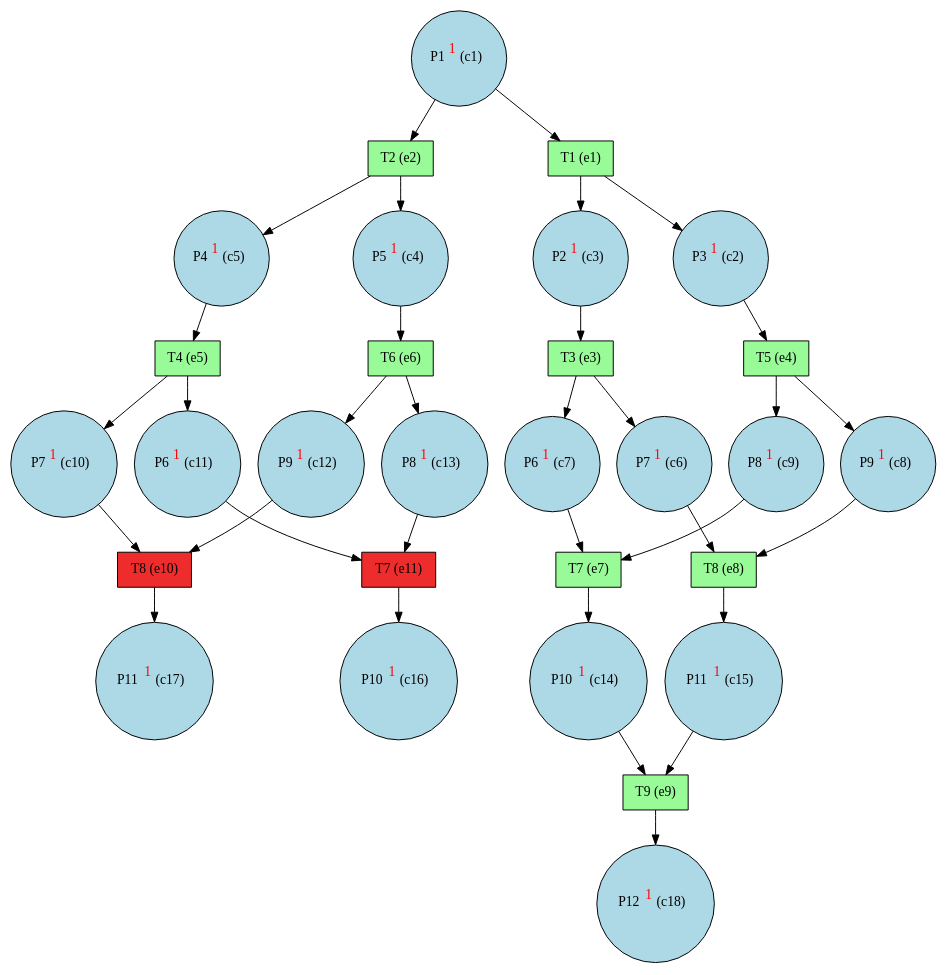
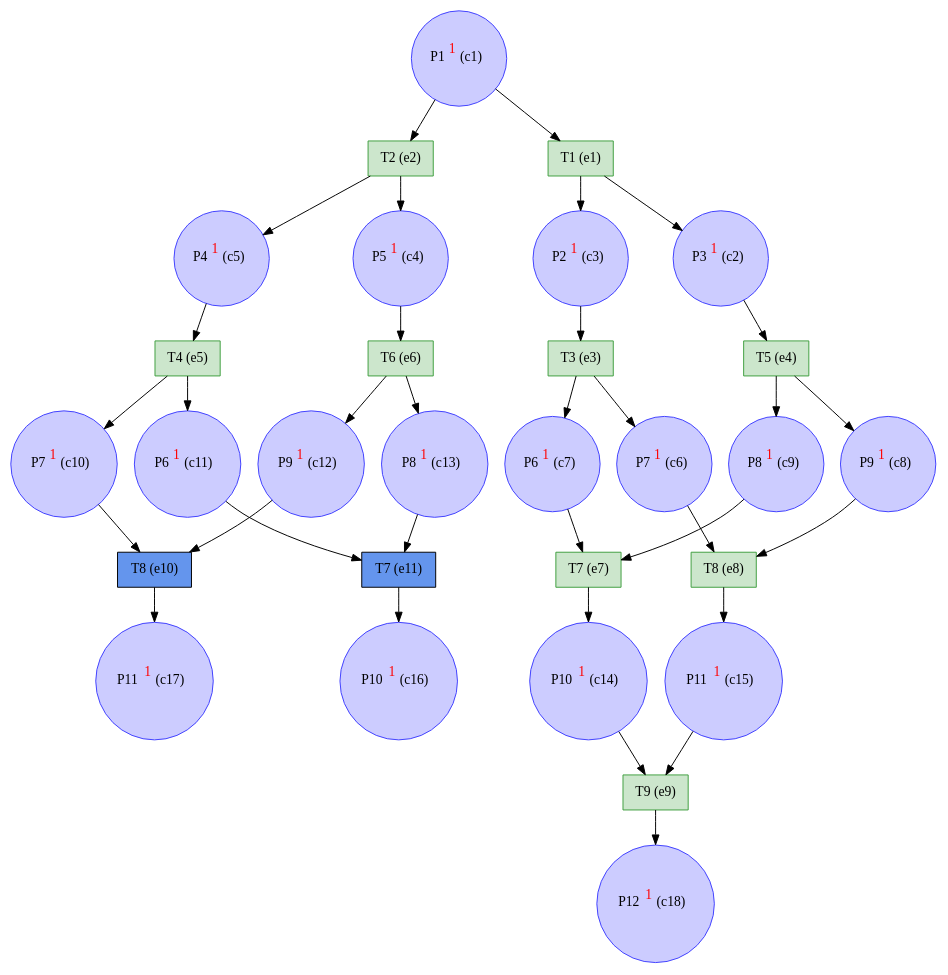
Before and after one commit to giannkas/ecofolder: the diagram in examples/figure3-5-9a_esparza2002/figure3_esparza2002_unf.dot, drawn with Graphviz. The commit also changed 24 other files, not shown here.

```diff
--- a/examples/figure3-5-9a_esparza2002/figure3_esparza2002_unf.dot
+++ b/examples/figure3-5-9a_esparza2002/figure3_esparza2002_unf.dot
@@ -1,64 +1,64 @@
 digraph test {
   c1 -> e2;
   c1 -> e1;
   e1 -> c2;
   c2 -> e4;
   e1 -> c3;
   c3 -> e3;
   e2 -> c4;
   c4 -> e6;
   e2 -> c5;
   c5 -> e5;
   e3 -> c6;
   c6 -> e8;
   e3 -> c7;
   c7 -> e7;
   e4 -> c8;
   c8 -> e8;
   e4 -> c9;
   c9 -> e7;
   e5 -> c10;
   c10 -> e10;
   e5 -> c11;
   c11 -> e11;
   e6 -> c12;
   c12 -> e10;
   e6 -> c13;
   c13 -> e11;
   e7 -> c14;
   c14 -> e9;
   e8 -> c15;
   c15 -> e9;
   e11 -> c16;
   e10 -> c17;
   e9 -> c18;
-  c1 [fillcolor=lightblue label= <P1<FONT COLOR="red"><SUP>1</SUP></FONT>&nbsp;(c1)> shape=circle style=filled];
-  c2 [fillcolor=lightblue label= <P3<FONT COLOR="red"><SUP>1</SUP></FONT>&nbsp;(c2)> shape=circle style=filled];
-  c3 [fillcolor=lightblue label= <P2<FONT COLOR="red"><SUP>1</SUP></FONT>&nbsp;(c3)> shape=circle style=filled];
-  c4 [fillcolor=lightblue label= <P5<FONT COLOR="red"><SUP>1</SUP></FONT>&nbsp;(c4)> shape=circle style=filled];
-  c5 [fillcolor=lightblue label= <P4<FONT COLOR="red"><SUP>1</SUP></FONT>&nbsp;(c5)> shape=circle style=filled];
-  c6 [fillcolor=lightblue label= <P7<FONT COLOR="red"><SUP>1</SUP></FONT>&nbsp;(c6)> shape=circle style=filled];
-  c7 [fillcolor=lightblue label= <P6<FONT COLOR="red"><SUP>1</SUP></FONT>&nbsp;(c7)> shape=circle style=filled];
-  c8 [fillcolor=lightblue label= <P9<FONT COLOR="red"><SUP>1</SUP></FONT>&nbsp;(c8)> shape=circle style=filled];
-  c9 [fillcolor=lightblue label= <P8<FONT COLOR="red"><SUP>1</SUP></FONT>&nbsp;(c9)> shape=circle style=filled];
-  c10 [fillcolor=lightblue label= <P7<FONT COLOR="red"><SUP>1</SUP></FONT>&nbsp;(c10)> shape=circle style=filled];
-  c11 [fillcolor=lightblue label= <P6<FONT COLOR="red"><SUP>1</SUP></FONT>&nbsp;(c11)> shape=circle style=filled];
-  c12 [fillcolor=lightblue label= <P9<FONT COLOR="red"><SUP>1</SUP></FONT>&nbsp;(c12)> shape=circle style=filled];
-  c13 [fillcolor=lightblue label= <P8<FONT COLOR="red"><SUP>1</SUP></FONT>&nbsp;(c13)> shape=circle style=filled];
-  c14 [fillcolor=lightblue label= <P10<FONT COLOR="red"><SUP>1</SUP></FONT>&nbsp;(c14)> shape=circle style=filled];
-  c15 [fillcolor=lightblue label= <P11<FONT COLOR="red"><SUP>1</SUP></FONT>&nbsp;(c15)> shape=circle style=filled];
-  c16 [fillcolor=lightblue label= <P10<FONT COLOR="red"><SUP>1</SUP></FONT>&nbsp;(c16)> shape=circle style=filled];
-  c17 [fillcolor=lightblue label= <P11<FONT COLOR="red"><SUP>1</SUP></FONT>&nbsp;(c17)> shape=circle style=filled];
-  c18 [fillcolor=lightblue label= <P12<FONT COLOR="red"><SUP>1</SUP></FONT>&nbsp;(c18)> shape=circle style=filled];
-  e1 [fillcolor=palegreen label="T1 (e1)" shape=box style=filled];
-  e2 [fillcolor=palegreen label="T2 (e2)" shape=box style=filled];
-  e3 [fillcolor=palegreen label="T3 (e3)" shape=box style=filled];
-  e4 [fillcolor=palegreen label="T5 (e4)" shape=box style=filled];
-  e5 [fillcolor=palegreen label="T4 (e5)" shape=box style=filled];
-  e6 [fillcolor=palegreen label="T6 (e6)" shape=box style=filled];
-  e7 [fillcolor=palegreen label="T7 (e7)" shape=box style=filled];
-  e8 [fillcolor=palegreen label="T8 (e8)" shape=box style=filled];
-  e9 [fillcolor=palegreen label="T9 (e9)" shape=box style=filled];
-  e10 [fillcolor=firebrick2 label="T8 (e10)" shape=box style=filled];
-  e11 [fillcolor=firebrick2 label="T7 (e11)" shape=box style=filled];
+  c1 [color="#4040ff" fillcolor="#ccccff" label= <P1<FONT COLOR="red"><SUP>1</SUP></FONT>&nbsp;(c1)> shape=circle style=filled];
+  c2 [color="#4040ff" fillcolor="#ccccff" label= <P3<FONT COLOR="red"><SUP>1</SUP></FONT>&nbsp;(c2)> shape=circle style=filled];
+  c3 [color="#4040ff" fillcolor="#ccccff" label= <P2<FONT COLOR="red"><SUP>1</SUP></FONT>&nbsp;(c3)> shape=circle style=filled];
+  c4 [color="#4040ff" fillcolor="#ccccff" label= <P5<FONT COLOR="red"><SUP>1</SUP></FONT>&nbsp;(c4)> shape=circle style=filled];
+  c5 [color="#4040ff" fillcolor="#ccccff" label= <P4<FONT COLOR="red"><SUP>1</SUP></FONT>&nbsp;(c5)> shape=circle style=filled];
+  c6 [color="#4040ff" fillcolor="#ccccff" label= <P7<FONT COLOR="red"><SUP>1</SUP></FONT>&nbsp;(c6)> shape=circle style=filled];
+  c7 [color="#4040ff" fillcolor="#ccccff" label= <P6<FONT COLOR="red"><SUP>1</SUP></FONT>&nbsp;(c7)> shape=circle style=filled];
+  c8 [color="#4040ff" fillcolor="#ccccff" label= <P9<FONT COLOR="red"><SUP>1</SUP></FONT>&nbsp;(c8)> shape=circle style=filled];
+  c9 [color="#4040ff" fillcolor="#ccccff" label= <P8<FONT COLOR="red"><SUP>1</SUP></FONT>&nbsp;(c9)> shape=circle style=filled];
+  c10 [color="#4040ff" fillcolor="#ccccff" label= <P7<FONT COLOR="red"><SUP>1</SUP></FONT>&nbsp;(c10)> shape=circle style=filled];
+  c11 [color="#4040ff" fillcolor="#ccccff" label= <P6<FONT COLOR="red"><SUP>1</SUP></FONT>&nbsp;(c11)> shape=circle style=filled];
+  c12 [color="#4040ff" fillcolor="#ccccff" label= <P9<FONT COLOR="red"><SUP>1</SUP></FONT>&nbsp;(c12)> shape=circle style=filled];
+  c13 [color="#4040ff" fillcolor="#ccccff" label= <P8<FONT COLOR="red"><SUP>1</SUP></FONT>&nbsp;(c13)> shape=circle style=filled];
+  c14 [color="#4040ff" fillcolor="#ccccff" label= <P10<FONT COLOR="red"><SUP>1</SUP></FONT>&nbsp;(c14)> shape=circle style=filled];
+  c15 [color="#4040ff" fillcolor="#ccccff" label= <P11<FONT COLOR="red"><SUP>1</SUP></FONT>&nbsp;(c15)> shape=circle style=filled];
+  c16 [color="#4040ff" fillcolor="#ccccff" label= <P10<FONT COLOR="red"><SUP>1</SUP></FONT>&nbsp;(c16)> shape=circle style=filled];
+  c17 [color="#4040ff" fillcolor="#ccccff" label= <P11<FONT COLOR="red"><SUP>1</SUP></FONT>&nbsp;(c17)> shape=circle style=filled];
+  c18 [color="#4040ff" fillcolor="#ccccff" label= <P12<FONT COLOR="red"><SUP>1</SUP></FONT>&nbsp;(c18)> shape=circle style=filled];
+  e1 [color="#409f40" fillcolor="#cce6cc" label="T1 (e1)" shape=box style=filled];
+  e2 [color="#409f40" fillcolor="#cce6cc" label="T2 (e2)" shape=box style=filled];
+  e3 [color="#409f40" fillcolor="#cce6cc" label="T3 (e3)" shape=box style=filled];
+  e4 [color="#409f40" fillcolor="#cce6cc" label="T5 (e4)" shape=box style=filled];
+  e5 [color="#409f40" fillcolor="#cce6cc" label="T4 (e5)" shape=box style=filled];
+  e6 [color="#409f40" fillcolor="#cce6cc" label="T6 (e6)" shape=box style=filled];
+  e7 [color="#409f40" fillcolor="#cce6cc" label="T7 (e7)" shape=box style=filled];
+  e8 [color="#409f40" fillcolor="#cce6cc" label="T8 (e8)" shape=box style=filled];
+  e9 [color="#409f40" fillcolor="#cce6cc" label="T9 (e9)" shape=box style=filled];
+  e10 [color=black fillcolor=cornflowerblue label="T8 (e10)" shape=box style=filled];
+  e11 [color=black fillcolor=cornflowerblue label="T7 (e11)" shape=box style=filled];
 }
```
